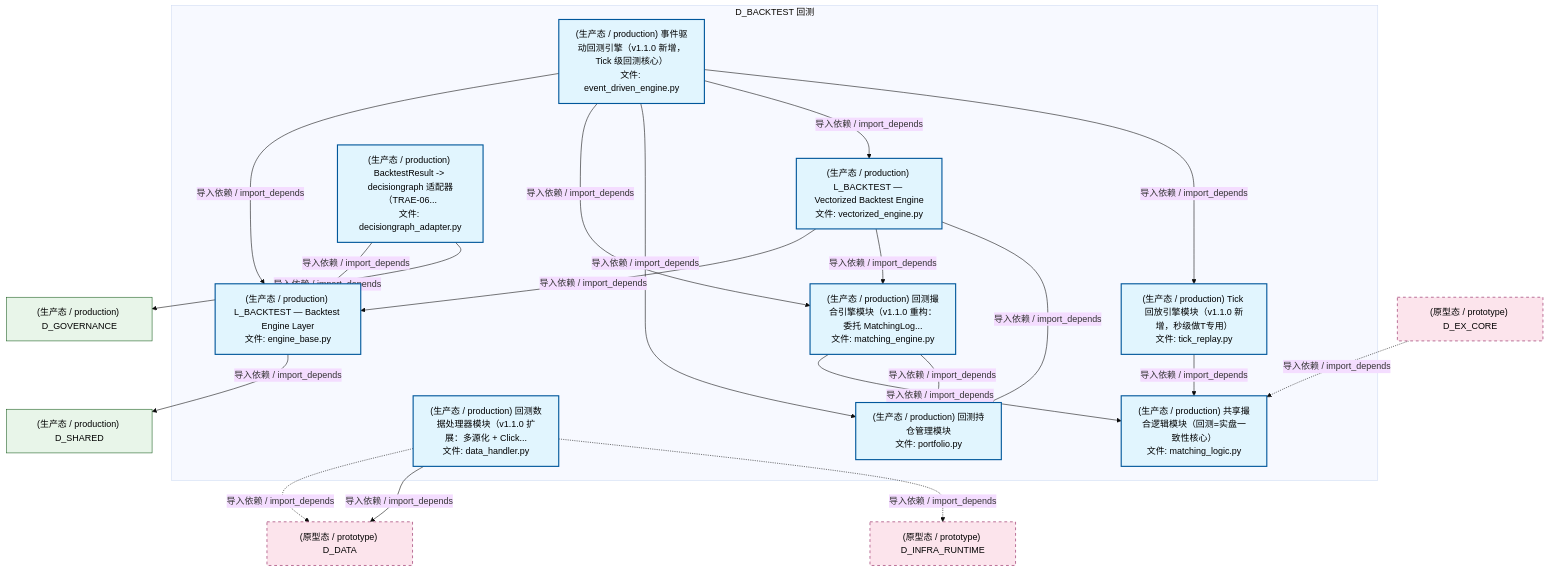
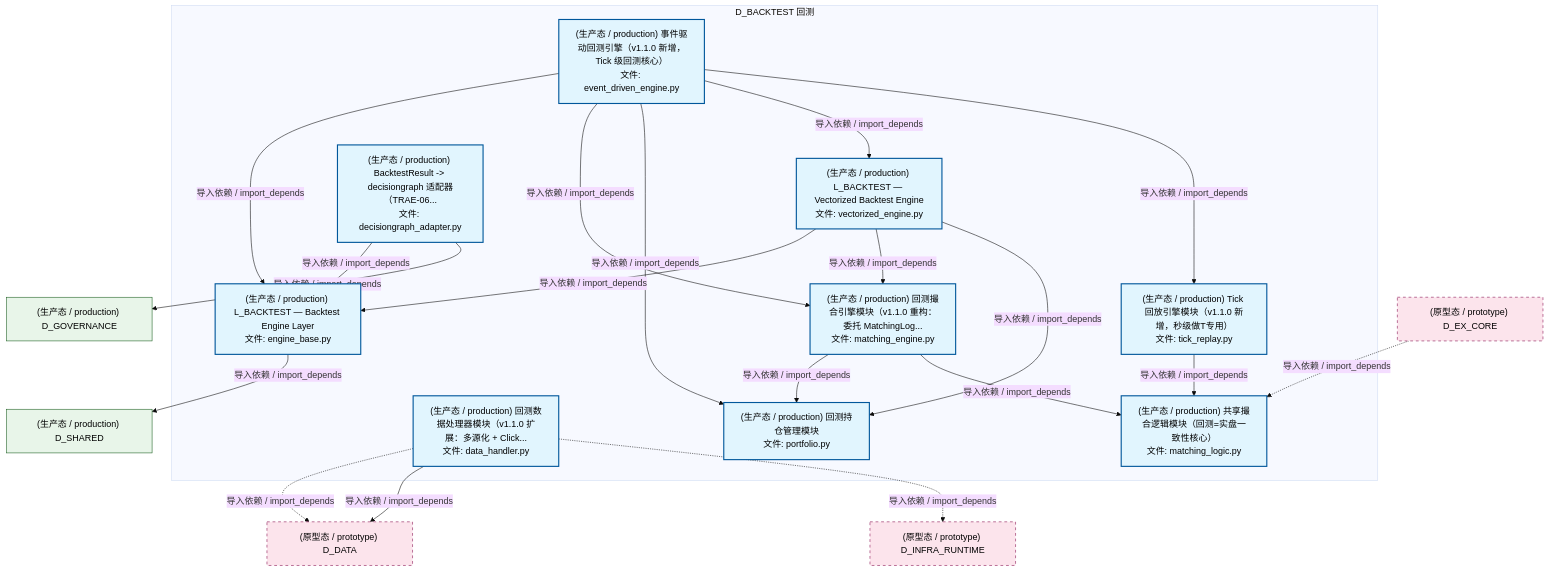
One commit to xuanFelixVan/ZephyrAlpha changed the second of 5 diagrams in docs/02_enterprise_architecture/02_domain_architecture_docs/30_d_backtest.md. Above: the diagram before and after it, drawn with Mermaid (base theme). The commit also changed other lines of this file and 98 other files, not shown here.

````diff
--- a/docs/02_enterprise_architecture/02_domain_architecture_docs/30_d_backtest.md
+++ b/docs/02_enterprise_architecture/02_domain_architecture_docs/30_d_backtest.md
@@ -182,44 +182,44 @@
 ```mermaid
 graph TD
     subgraph D_BACKTEST["D_BACKTEST 回测"]
         src_zephyr_backtest_core_data_handler_py["(生产态 / production) 回测数据处理器模块（v1.1.0 扩展：多源化 + Click...<br/>文件: data_handler.py"]
         src_zephyr_backtest_core_engine_base_py["(生产态 / production) L_BACKTEST — Backtest Engine Layer<br/>文件: engine_base.py"]
         src_zephyr_backtest_core_matching_engine_py["(生产态 / production) 回测撮合引擎模块（v1.1.0 重构：委托 MatchingLog...<br/>文件: matching_engine.py"]
         src_zephyr_backtest_core_matching_logic_py["(生产态 / production) 共享撮合逻辑模块（回测=实盘一致性核心）<br/>文件: matching_logic.py"]
         src_zephyr_backtest_core_portfolio_py["(生产态 / production) 回测持仓管理模块<br/>文件: portfolio.py"]
         src_zephyr_backtest_core_tick_replay_py["(生产态 / production) Tick 回放引擎模块（v1.1.0 新增，秒级做T专用）<br/>文件: tick_replay.py"]
         src_zephyr_backtest_implementations_event_driven_engine_py["(生产态 / production) 事件驱动回测引擎（v1.1.0 新增，Tick 级回测核心）<br/>文件: event_driven_engine.py"]
         src_zephyr_backtest_implementations_vectorized_engine_py["(生产态 / production) L_BACKTEST — Vectorized Backtest Engine<br/>文件: vectorized_engine.py"]
         src_zephyr_backtest_io_decisiongraph_adapter_py["(生产态 / production) BacktestResult -> decisiongraph 适配器（TRAE-06...<br/>文件: decisiongraph_adapter.py"]
     end
+    src_zephyr_backtest_core_matching_engine_py -->|导入依赖 / import_depends| src_zephyr_backtest_core_portfolio_py
     src_zephyr_backtest_core_matching_engine_py -->|导入依赖 / import_depends| src_zephyr_backtest_core_matching_logic_py
-    src_zephyr_backtest_core_matching_engine_py -->|导入依赖 / import_depends| src_zephyr_backtest_core_portfolio_py
+    src_zephyr_backtest_implementations_vectorized_engine_py -->|导入依赖 / import_depends| src_zephyr_backtest_core_engine_base_py
+    src_zephyr_backtest_implementations_vectorized_engine_py -->|导入依赖 / import_depends| src_zephyr_backtest_core_matching_engine_py
+    src_zephyr_backtest_implementations_vectorized_engine_py -->|导入依赖 / import_depends| src_zephyr_backtest_core_portfolio_py
+    src_zephyr_backtest_core_tick_replay_py -->|导入依赖 / import_depends| src_zephyr_backtest_core_matching_logic_py
     src_zephyr_backtest_implementations_event_driven_engine_py -->|导入依赖 / import_depends| src_zephyr_backtest_core_engine_base_py
     src_zephyr_backtest_implementations_event_driven_engine_py -->|导入依赖 / import_depends| src_zephyr_backtest_core_matching_engine_py
     src_zephyr_backtest_implementations_event_driven_engine_py -->|导入依赖 / import_depends| src_zephyr_backtest_core_portfolio_py
     src_zephyr_backtest_implementations_event_driven_engine_py -->|导入依赖 / import_depends| src_zephyr_backtest_implementations_vectorized_engine_py
     src_zephyr_backtest_implementations_event_driven_engine_py -->|导入依赖 / import_depends| src_zephyr_backtest_core_tick_replay_py
-    src_zephyr_backtest_implementations_vectorized_engine_py -->|导入依赖 / import_depends| src_zephyr_backtest_core_engine_base_py
-    src_zephyr_backtest_implementations_vectorized_engine_py -->|导入依赖 / import_depends| src_zephyr_backtest_core_matching_engine_py
-    src_zephyr_backtest_implementations_vectorized_engine_py -->|导入依赖 / import_depends| src_zephyr_backtest_core_portfolio_py
-    src_zephyr_backtest_core_tick_replay_py -->|导入依赖 / import_depends| src_zephyr_backtest_core_matching_logic_py
     src_zephyr_backtest_io_decisiongraph_adapter_py -->|导入依赖 / import_depends| src_zephyr_backtest_core_engine_base_py
-    D_SHARED["(生产态 / production) D_SHARED"]
-    src_zephyr_backtest_core_engine_base_py -->|导入依赖 / import_depends| D_SHARED
     D_DATA["(原型态 / prototype) D_DATA"]
     src_zephyr_backtest_core_data_handler_py -.->|导入依赖 / import_depends| D_DATA
     src_zephyr_backtest_core_data_handler_py -->|导入依赖 / import_depends| D_DATA
     D_INFRA_RUNTIME["(原型态 / prototype) D_INFRA_RUNTIME"]
     src_zephyr_backtest_core_data_handler_py -.->|导入依赖 / import_depends| D_INFRA_RUNTIME
+    D_SHARED["(生产态 / production) D_SHARED"]
+    src_zephyr_backtest_core_engine_base_py -->|导入依赖 / import_depends| D_SHARED
     D_GOVERNANCE["(生产态 / production) D_GOVERNANCE"]
     src_zephyr_backtest_io_decisiongraph_adapter_py -->|导入依赖 / import_depends| D_GOVERNANCE
     D_EX_CORE["(原型态 / prototype) D_EX_CORE"]
     D_EX_CORE -.->|导入依赖 / import_depends| src_zephyr_backtest_core_matching_logic_py
     classDef production fill:#e1f5fe,stroke:#01579b,stroke-width:2px,color:#000
     classDef design fill:#fff3e0,stroke:#e65100,stroke-width:2px,color:#000,stroke-dasharray: 5 5
     classDef external_prod fill:#e8f5e9,stroke:#1b5e20,stroke-width:1px,color:#000
     classDef external_design fill:#fce4ec,stroke:#880e4f,stroke-width:1px,color:#000,stroke-dasharray: 5 5
     class src_zephyr_backtest_core_data_handler_py,src_zephyr_backtest_core_engine_base_py,src_zephyr_backtest_core_matching_engine_py,src_zephyr_backtest_core_matching_logic_py,src_zephyr_backtest_core_portfolio_py,src_zephyr_backtest_core_tick_replay_py,src_zephyr_backtest_implementations_event_driven_engine_py,src_zephyr_backtest_implementations_vectorized_engine_py,src_zephyr_backtest_io_decisiongraph_adapter_py production
     class D_SHARED,D_GOVERNANCE external_prod
     class D_DATA,D_INFRA_RUNTIME,D_EX_CORE external_design
 ```
````
